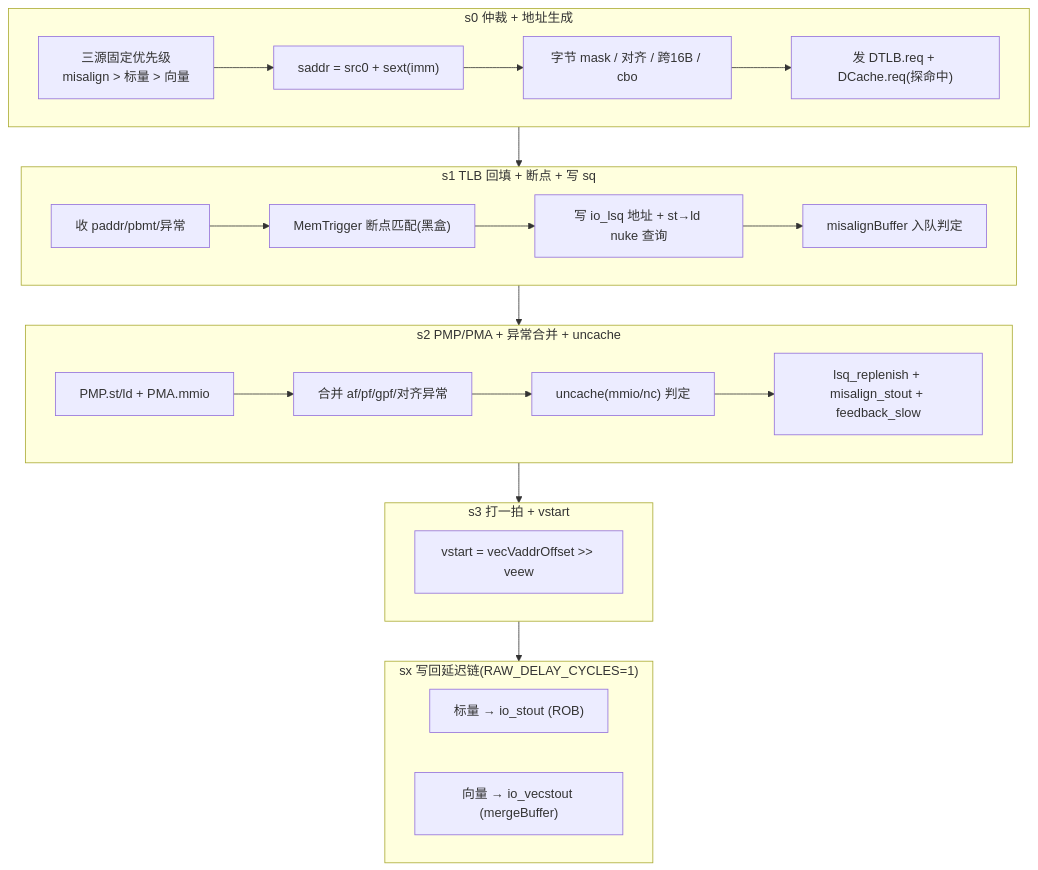
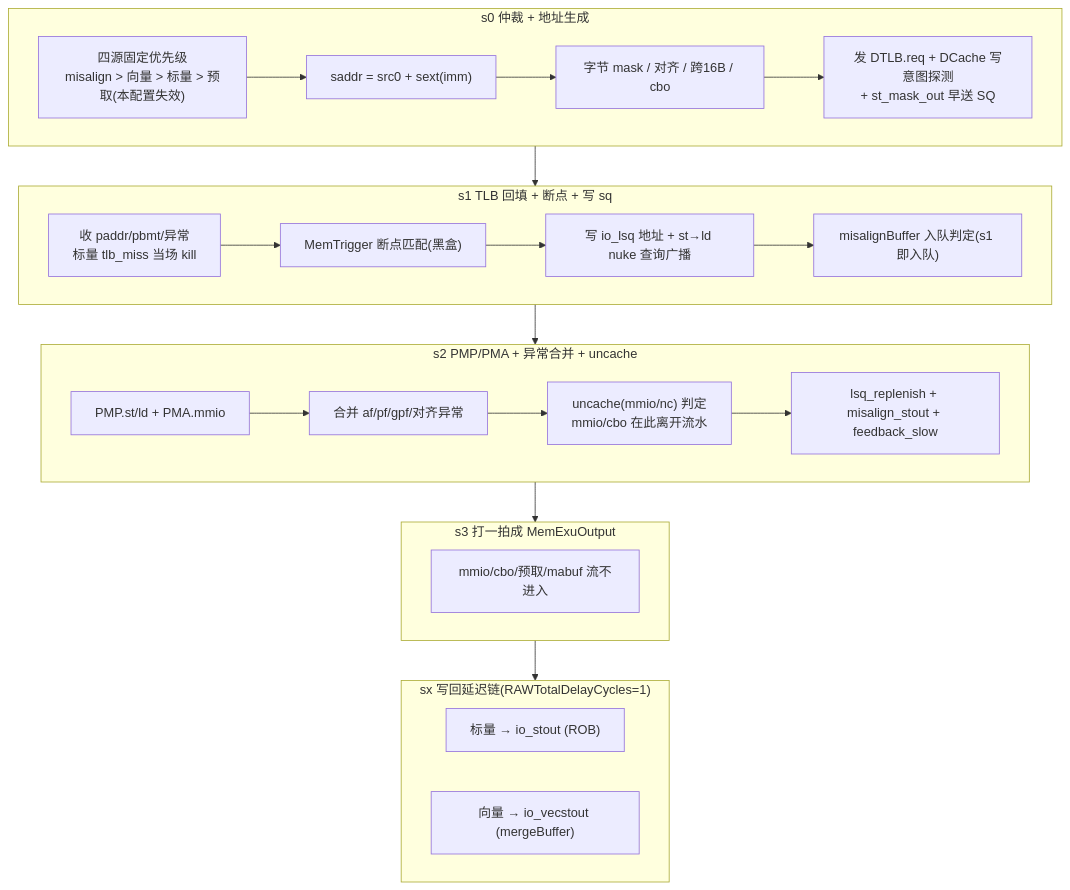
One commit to shengnanli/xs-v2r2-sv changed the diagram in docs/memblock/StoreUnit.md. Above: the diagram before and after it, drawn with Mermaid. The commit also changed other lines of this file and 24 other files, not shown here.

````diff
--- a/docs/memblock/StoreUnit.md
+++ b/docs/memblock/StoreUnit.md
@@ -17,29 +34,29 @@
 ```mermaid
 flowchart TD
   subgraph s0["s0 仲裁 + 地址生成"]
-    A1["三源固定优先级<br/>misalign &gt; 标量 &gt; 向量"] --> A2["saddr = src0 + sext(imm)"]
+    A1["四源固定优先级<br/>misalign &gt; 向量 &gt; 标量 &gt; 预取(本配置失效)"] --> A2["saddr = src0 + sext(imm)"]
     A2 --> A3["字节 mask / 对齐 / 跨16B / cbo"]
-    A3 --> A4["发 DTLB.req + DCache.req(探命中)"]
+    A3 --> A4["发 DTLB.req + DCache 写意图探测<br/>+ st_mask_out 早送 SQ"]
   end
   s0 --> s1
   subgraph s1["s1 TLB 回填 + 断点 + 写 sq"]
-    B1["收 paddr/pbmt/异常"] --> B2["MemTrigger 断点匹配(黑盒)"]
-    B2 --> B3["写 io_lsq 地址 + st→ld nuke 查询"]
-    B3 --> B4["misalignBuffer 入队判定"]
+    B1["收 paddr/pbmt/异常<br/>标量 tlb_miss 当场 kill"] --> B2["MemTrigger 断点匹配(黑盒)"]
+    B2 --> B3["写 io_lsq 地址 + st→ld nuke 查询广播"]
+    B3 --> B4["misalignBuffer 入队判定(s1 即入队)"]
   end
   s1 --> s2
   subgraph s2["s2 PMP/PMA + 异常合并 + uncache"]
     C1["PMP.st/ld + PMA.mmio"] --> C2["合并 af/pf/gpf/对齐异常"]
-    C2 --> C3["uncache(mmio/nc) 判定"]
+    C2 --> C3["uncache(mmio/nc) 判定<br/>mmio/cbo 在此离开流水"]
     C3 --> C4["lsq_replenish + misalign_stout + feedback_slow"]
   end
   s2 --> s3
-  subgraph s3["s3 打一拍 + vstart"]
-    D1["vstart = vecVaddrOffset &gt;&gt; veew"]
+  subgraph s3["s3 打一拍成 MemExuOutput"]
+    D1["mmio/cbo/预取/mabuf 流不进入"]
   end
   s3 --> sx
-  subgraph sx["sx 写回延迟链(RAW_DELAY_CYCLES=1)"]
+  subgraph sx["sx 写回延迟链(RAWTotalDelayCycles=1)"]
     E1["标量 → io_stout (ROB)"]
     E2["向量 → io_vecstout (mergeBuffer)"]
   end
 ```
````
